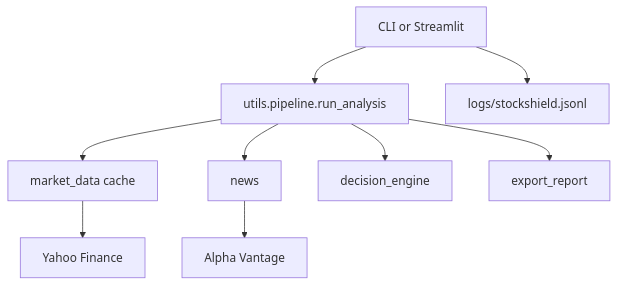
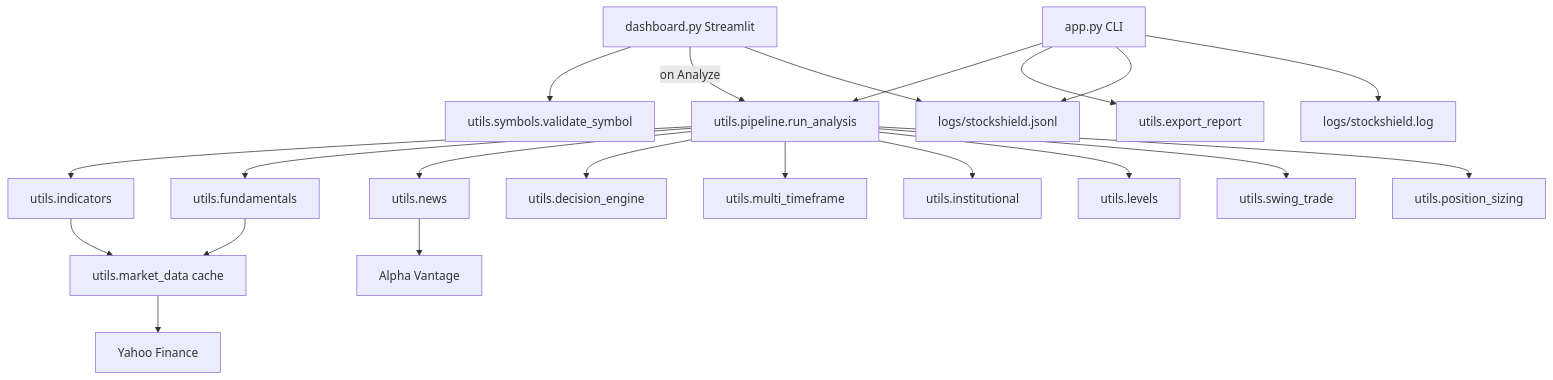
The first of 2 diagrams in README.md (marvelthorteg20-gif/StockShield-AI), drawn with Mermaid before and after one commit. The commit also changed other lines of this file and 42 other files, not shown here.

````diff
--- a/README.md
+++ b/README.md
@@ -43,11 +49,23 @@
 ```mermaid
 flowchart TD
-    UI[CLI or Streamlit] --> P[utils.pipeline.run_analysis]
-    P --> MD[market_data cache]
-    MD --> YF[Yahoo Finance]
-    P --> N[news]
-    N --> AV[Alpha Vantage]
-    P --> D[decision_engine]
-    P --> E[export_report]
-    UI --> Logs[logs/stockshield.jsonl]
+    CLI["app.py CLI"] --> PIPE["utils.pipeline.run_analysis"]
+    UI["dashboard.py Streamlit"] --> VAL["utils.symbols.validate_symbol"]
+    UI -->|"on Analyze"| PIPE
+    PIPE --> IND["utils.indicators"]
+    PIPE --> FUND["utils.fundamentals"]
+    PIPE --> NEWS["utils.news"]
+    PIPE --> DEC["utils.decision_engine"]
+    PIPE --> MTF["utils.multi_timeframe"]
+    PIPE --> INST["utils.institutional"]
+    PIPE --> SR["utils.levels"]
+    PIPE --> SW["utils.swing_trade"]
+    PIPE --> POS["utils.position_sizing"]
+    IND --> MD["utils.market_data cache"]
+    FUND --> MD
+    MD --> YF["Yahoo Finance"]
+    NEWS --> AV["Alpha Vantage"]
+    CLI --> EXP["utils.export_report"]
+    CLI --> LOGS["logs/stockshield.jsonl"]
+    CLI --> FILELOG["logs/stockshield.log"]
+    UI --> LOGS
 ```
````
